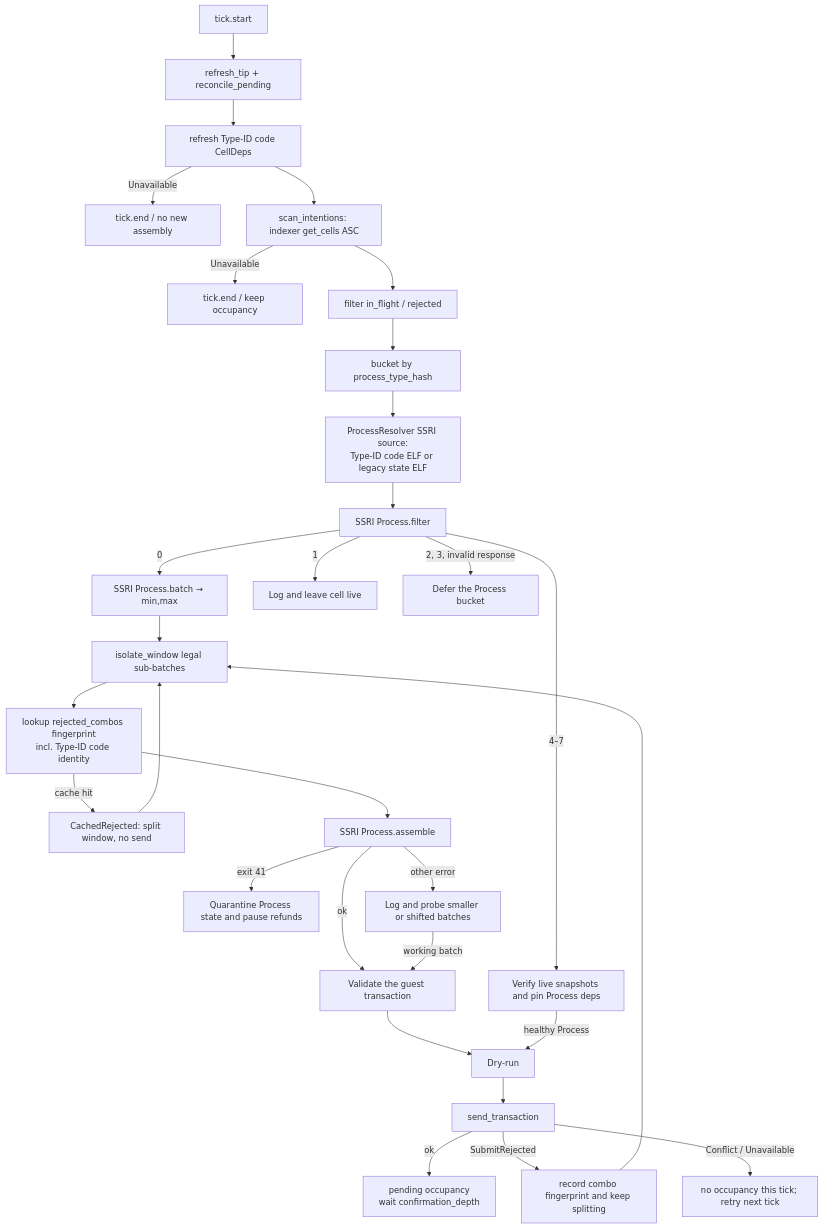
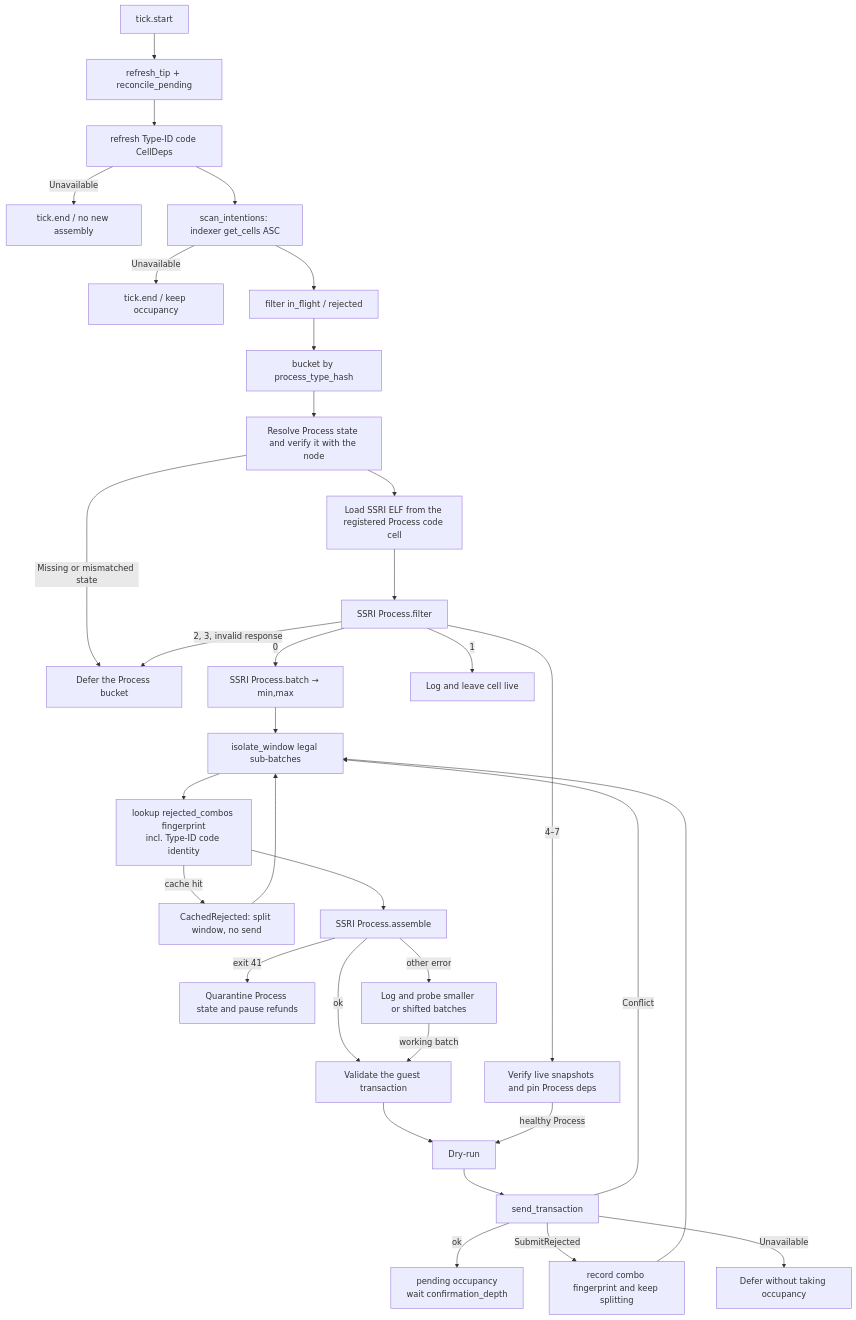
The diagram in README.md (ashuralyk/ckb-cid-backend-server), drawn with Mermaid before and after one commit. The commit also changed other lines of this file and 14 other files, not shown here.

Commit message:
fix: restrict exit-37 pause to audited ELF, drop cross-tick isolation cursors, confirm state on the node, document code-cell ELF source

````diff
--- a/README.md
+++ b/README.md
@@ -199,32 +199,35 @@
 ```mermaid
 flowchart TD
   start["tick.start"] --> tip["refresh_tip + reconcile_pending"]
   tip --> deps["refresh Type-ID code CellDeps"]
   deps -->|Unavailable| endEarly["tick.end / no new assembly"]
   deps --> scan["scan_intentions: indexer get_cells ASC"]
   scan -->|Unavailable| endScan["tick.end / keep occupancy"]
   scan --> filter["filter in_flight / rejected"]
   filter --> bucket["bucket by process_type_hash"]
-  bucket --> resolve["ProcessResolver SSRI source:<br/>Type-ID code ELF or legacy state ELF"]
-  resolve --> verdict["SSRI Process.filter"]
+  bucket --> resolve["Resolve Process state and verify it with the node"]
+  resolve -->|Missing or mismatched state| deferred
+  resolve --> code["Load SSRI ELF from the registered Process code cell"]
+  code --> verdict["SSRI Process.filter"]
   verdict -->|0| bounds["SSRI Process.batch → min,max"]
   verdict -->|1| logOnly["Log and leave cell live"]
   verdict -->|4–7| refund["Verify live snapshots and pin Process deps"]
   verdict -->|2, 3, invalid response| deferred["Defer the Process bucket"]
   bounds --> isolate["isolate_window legal sub-batches"]
   isolate --> peek["lookup rejected_combos fingerprint<br/>incl. Type-ID code identity"]
   peek -->|cache hit| split["CachedRejected: split window, no send"]
   peek --> assemble["SSRI Process.assemble"]
   assemble -->|ok| dok["Validate the guest transaction"]
   assemble -->|exit 41| quarantine["Quarantine Process state and pause refunds"]
   assemble -->|other error| probe["Log and probe smaller or shifted batches"]
   probe -->|working batch| dok
   dok --> gate["Dry-run"]
   refund -->|healthy Process| gate
   gate --> send["send_transaction"]
   send -->|ok| pending["pending occupancy<br/>wait confirmation_depth"]
   send -->|SubmitRejected| combo["record combo fingerprint and keep splitting"]
-  send -->|Conflict / Unavailable| retry["no occupancy this tick; retry next tick"]
+  send -->|Conflict| isolate
+  send -->|Unavailable| retry["Defer without taking occupancy"]
   split --> isolate
   combo --> isolate
 ```
````
